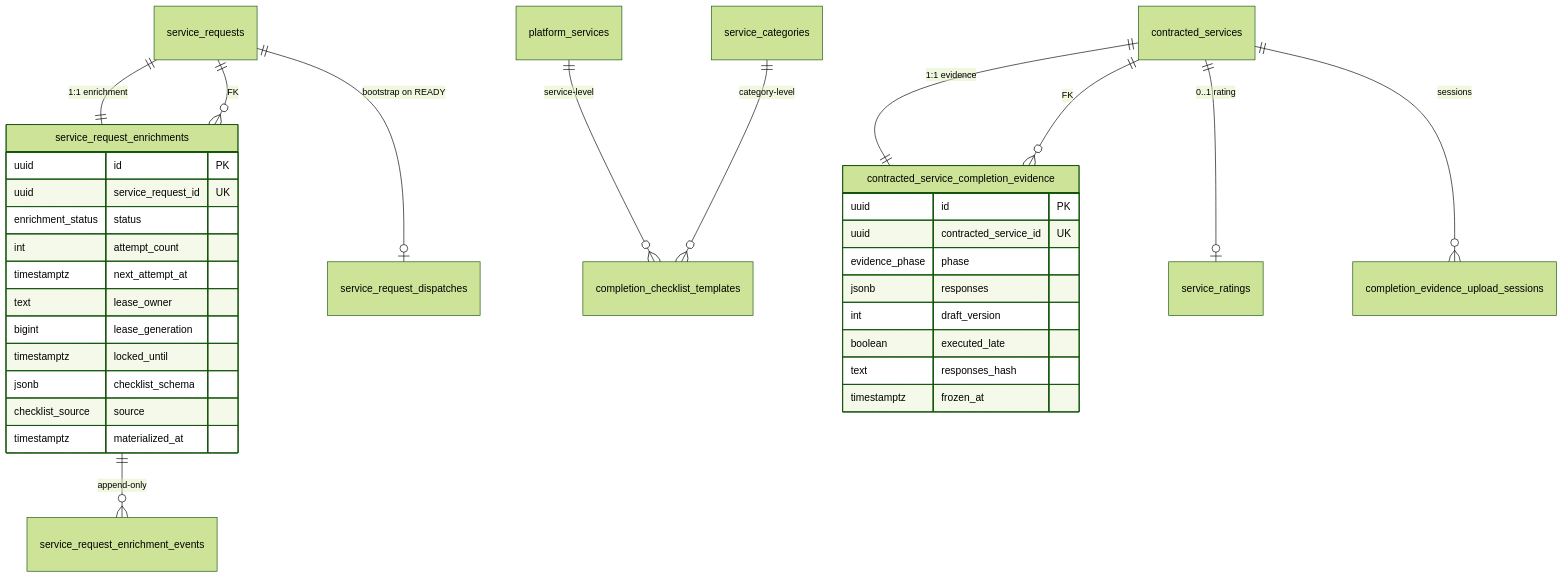
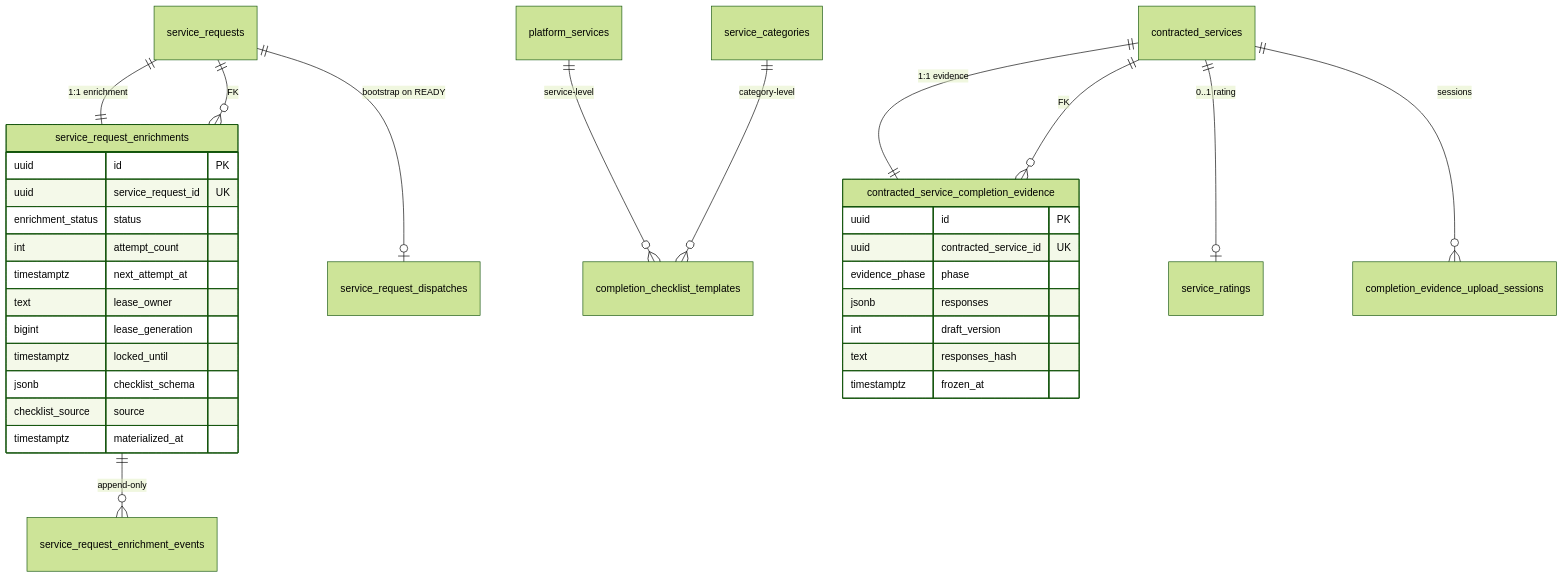
The third of 12 diagrams in docs/service-completion/design.md (higorpo/renovi-orbit-test), drawn with Mermaid (forest theme) before and after one commit. The commit also changed other lines of this file and 64 other files, not shown here.

First line of the commit message:
Refactor service completion process to enhance execution timing and evidence handling (remove executed_late)

````diff
--- a/docs/service-completion/design.md
+++ b/docs/service-completion/design.md
@@ -220,38 +220,37 @@
 ```mermaid
 erDiagram
     service_requests ||--|| service_request_enrichments : "1:1 enrichment"
     service_request_enrichments ||--o{ service_request_enrichment_events : "append-only"
     service_requests ||--o| service_request_dispatches : "bootstrap on READY"
     platform_services ||--o{ completion_checklist_templates : "service-level"
     service_categories ||--o{ completion_checklist_templates : "category-level"
     contracted_services ||--|| contracted_service_completion_evidence : "1:1 evidence"
     contracted_services ||--o| service_ratings : "0..1 rating"
     contracted_services ||--o{ completion_evidence_upload_sessions : "sessions"
     service_request_enrichments }o--|| service_requests : "FK"
     contracted_service_completion_evidence }o--|| contracted_services : "FK"
 
     service_request_enrichments {
         uuid id PK
         uuid service_request_id UK
         enrichment_status status
         int attempt_count
         timestamptz next_attempt_at
         text lease_owner
         bigint lease_generation
         timestamptz locked_until
         jsonb checklist_schema
         checklist_source source
         timestamptz materialized_at
     }
 
     contracted_service_completion_evidence {
         uuid id PK
         uuid contracted_service_id UK
         evidence_phase phase
         jsonb responses
         int draft_version
-        boolean executed_late
         text responses_hash
         timestamptz frozen_at
     }
 ```
````
